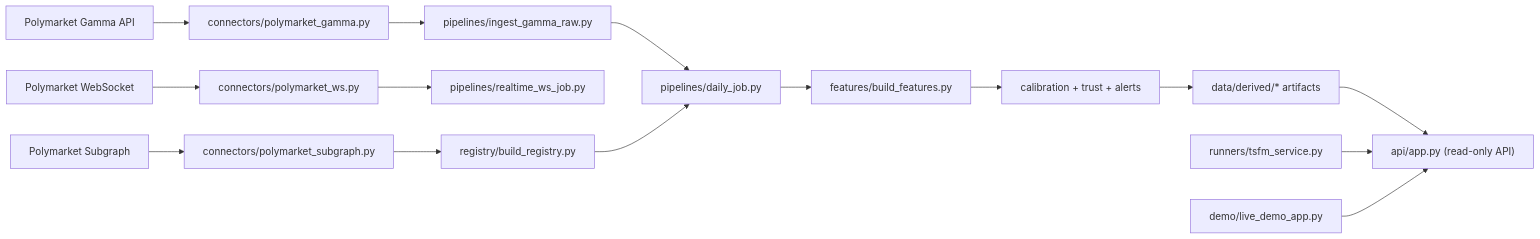
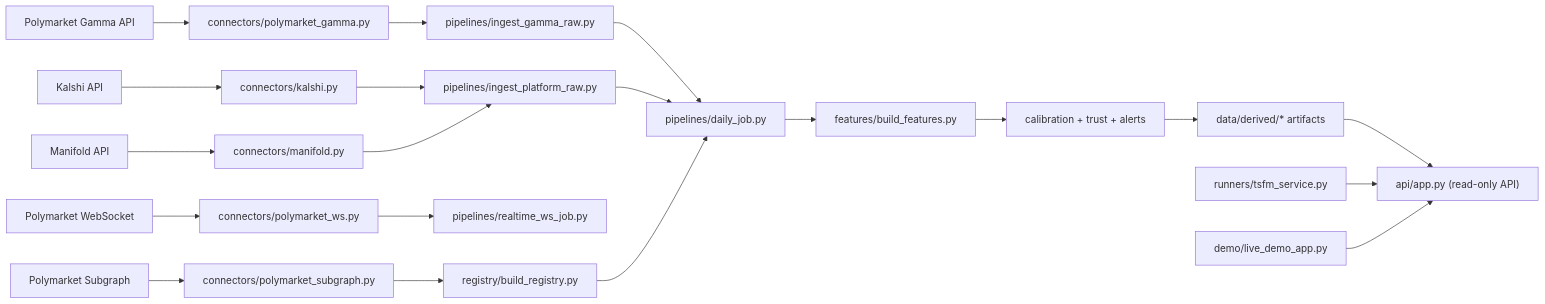
One commit to tollama/Market-Calibration-Agent changed the diagram in docs/architecture-overview.md. Above: the diagram before and after it, drawn with Mermaid. The commit also changed other lines of this file and 3 other files, not shown here.

First line of the commit message:
Add Kalshi & Manifold connector docs

````diff
--- a/docs/architecture-overview.md
+++ b/docs/architecture-overview.md
@@ -12,20 +12,25 @@
 ```mermaid
 flowchart LR
   A["Polymarket Gamma API"] --> B["connectors/polymarket_gamma.py"]
   C["Polymarket WebSocket"] --> D["connectors/polymarket_ws.py"]
   E["Polymarket Subgraph"] --> F["connectors/polymarket_subgraph.py"]
+  KA["Kalshi API"] --> KB["connectors/kalshi.py"]
+  MA["Manifold API"] --> MB["connectors/manifold.py"]
 
   B --> G["pipelines/ingest_gamma_raw.py"]
+  KB --> MPI["pipelines/ingest_platform_raw.py"]
+  MB --> MPI
   D --> H["pipelines/realtime_ws_job.py"]
   F --> I["registry/build_registry.py"]
 
   G --> J["pipelines/daily_job.py"]
+  MPI --> J
   I --> J
   J --> K["features/build_features.py"]
   K --> L["calibration + trust + alerts"]
   L --> M["data/derived/* artifacts"]
 
   M --> N["api/app.py (read-only API)"]
   O["runners/tsfm_service.py"] --> N
   P["demo/live_demo_app.py"] --> N
 ```
````
